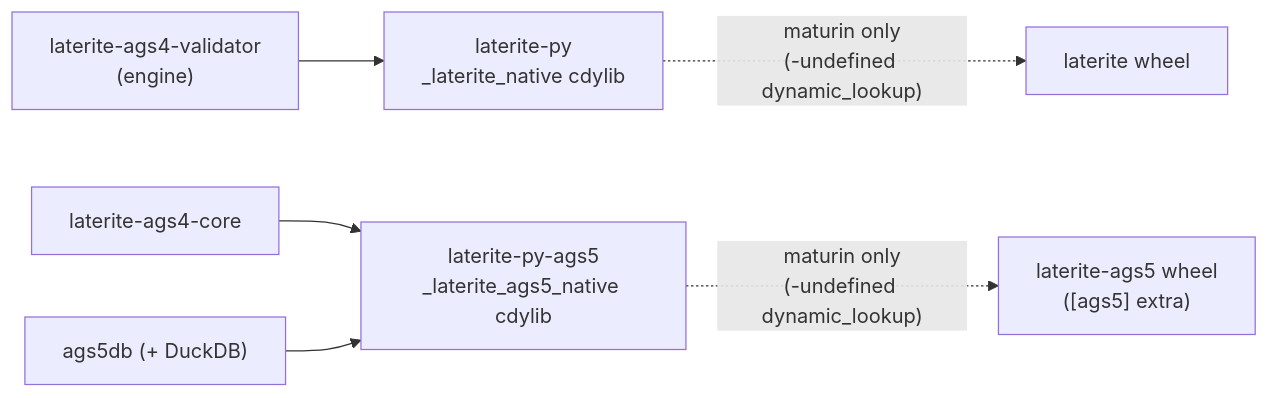
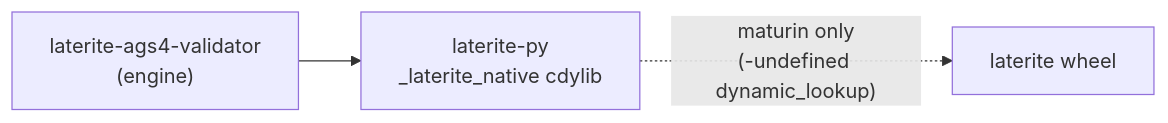
Before and after one commit to niko86/laterite: the diagram in ags-wiki/concepts/pyo3-boundary.md, drawn with Mermaid. The commit also changed other lines of this file and 10 other files, not shown here.

````diff
--- a/ags-wiki/concepts/pyo3-boundary.md
+++ b/ags-wiki/concepts/pyo3-boundary.md
@@ -125,8 +125,5 @@
 ```mermaid
 flowchart LR
   validator["laterite-ags4-validator<br/>(engine)"] --> latpy["laterite-py<br/>_laterite_native cdylib"]
-  core["laterite-ags4-core"] --> latpy5["laterite-py-ags5<br/>_laterite_ags5_native cdylib"]
-  db["ags5db (+ DuckDB)"] --> latpy5
   latpy -. "maturin only<br/>(-undefined dynamic_lookup)" .-> wheel["laterite wheel"]
-  latpy5 -. "maturin only<br/>(-undefined dynamic_lookup)" .-> wheel5["laterite-ags5 wheel<br/>([ags5] extra)"]
 ```
````
